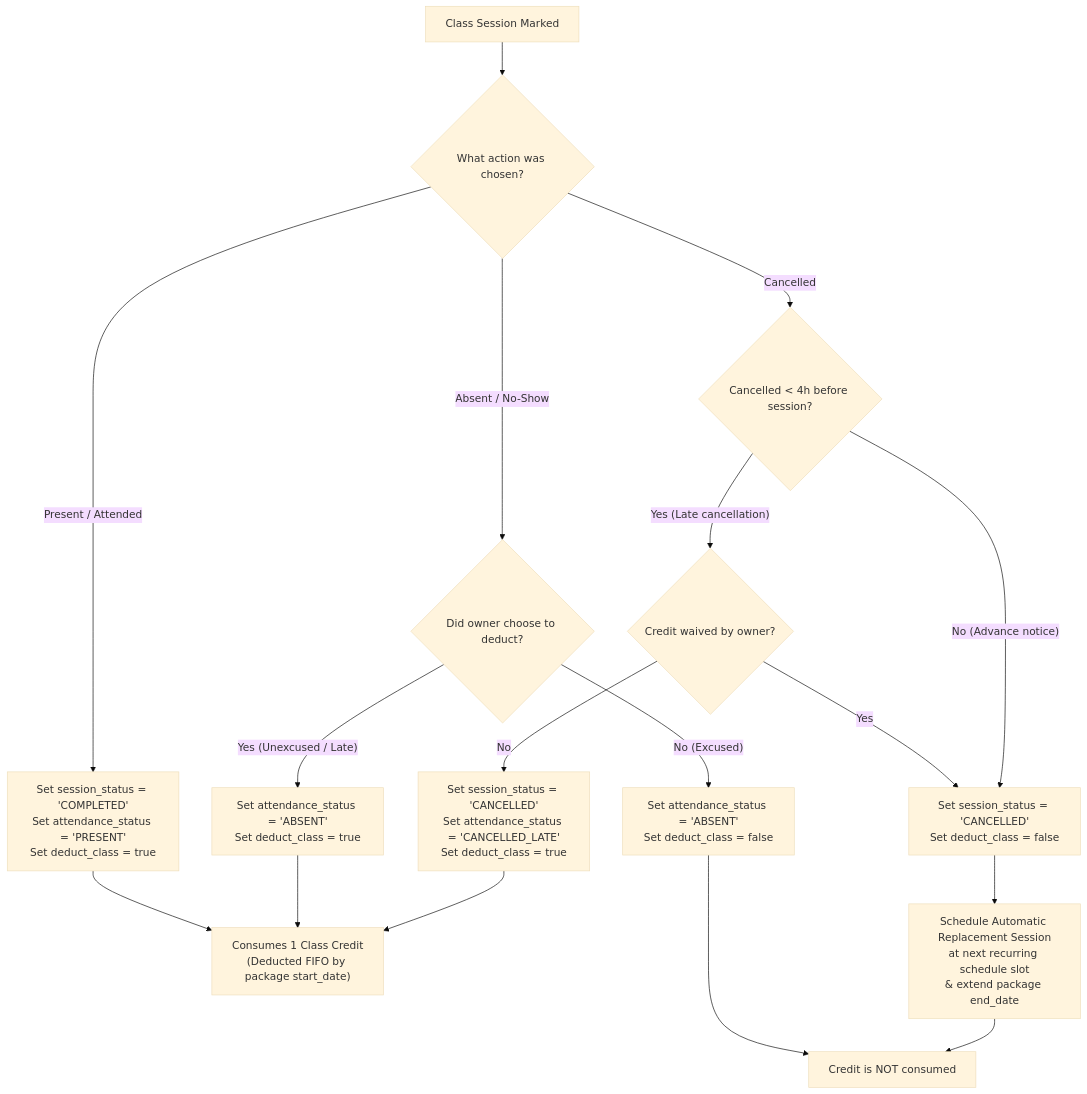
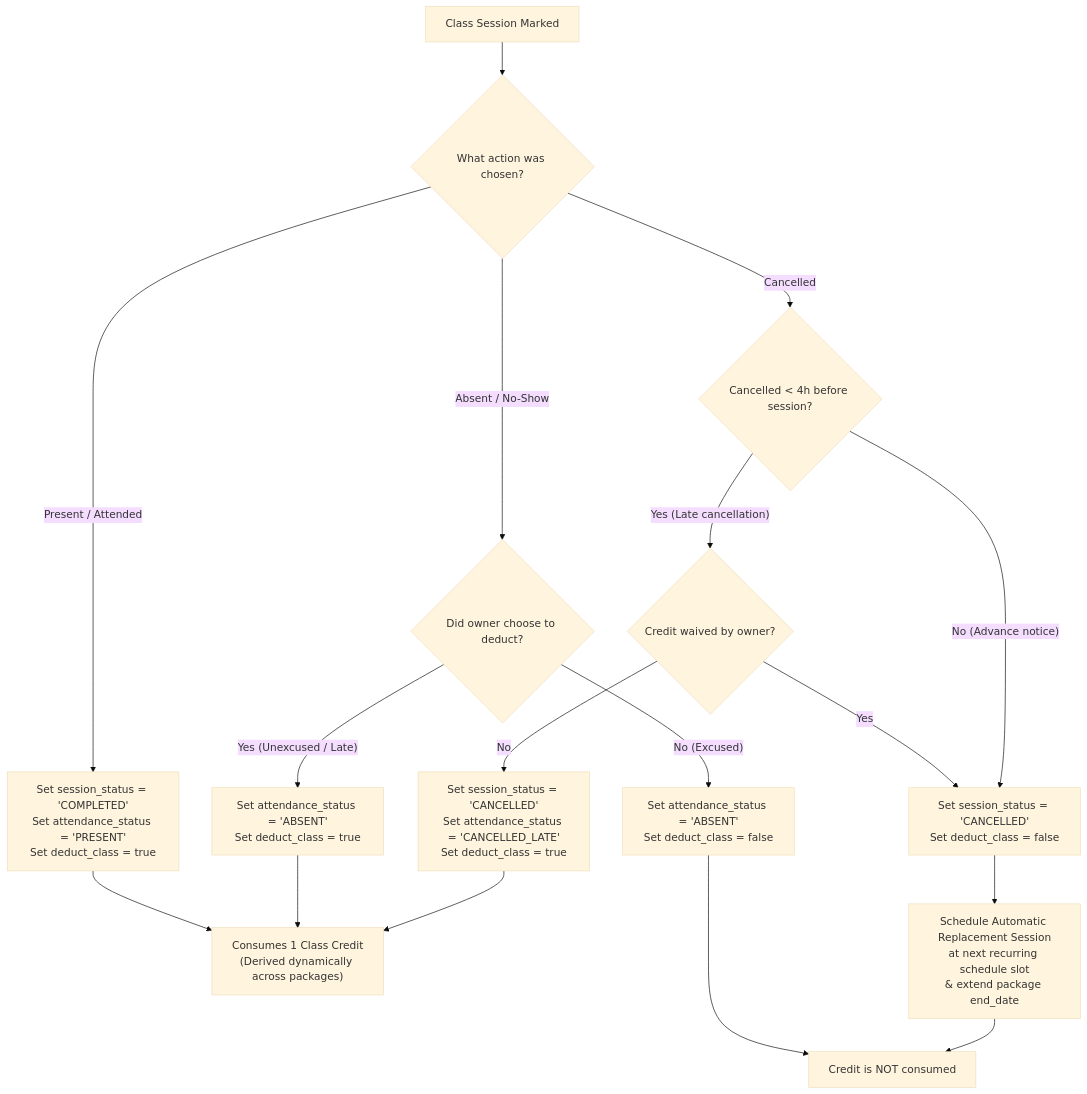
One commit to Shreya5296/Class-Diary changed the fourth of 4 diagrams in 00-documentation/02-system-architecture.md. Above: the diagram before and after it, drawn with Mermaid (base theme). The commit also changed other lines of this file and 57 other files, not shown here.

Commit message:
docs: reconcile project documentation with current architecture

````diff
--- a/00-documentation/02-system-architecture.md
+++ b/00-documentation/02-system-architecture.md
@@ -165,23 +176,23 @@
 ```mermaid
 flowchart TD
     Start["Class Session Marked"] --> StatusCheck{"What action was chosen?"}
     
     StatusCheck -- "Present / Attended" --> SetPresent["Set session_status = 'COMPLETED'<br/>Set attendance_status = 'PRESENT'<br/>Set deduct_class = true"]
-    SetPresent --> BurnCredit["Consumes 1 Class Credit<br/>(Deducted FIFO by package start_date)"]
+    SetPresent --> BurnCredit["Consumes 1 Class Credit<br/>(Derived dynamically across packages)"]
     
     StatusCheck -- "Absent / No-Show" --> PromptOwner{"Did owner choose to deduct?"}
     PromptOwner -- "Yes (Unexcused / Late)" --> SetAbsentDeduct["Set attendance_status = 'ABSENT'<br/>Set deduct_class = true"]
     SetAbsentDeduct --> BurnCredit
     PromptOwner -- "No (Excused)" --> SetAbsentNoDeduct["Set attendance_status = 'ABSENT'<br/>Set deduct_class = false"]
     SetAbsentNoDeduct --> NoDeduct["Credit is NOT consumed"]
     
     StatusCheck -- "Cancelled" --> CheckTime{"Cancelled < 4h before session?"}
     CheckTime -- "Yes (Late cancellation)" --> CheckWaive{"Credit waived by owner?"}
     CheckWaive -- "No" --> SetCancelLate["Set session_status = 'CANCELLED'<br/>Set attendance_status = 'CANCELLED_LATE'<br/>Set deduct_class = true"]
     SetCancelLate --> BurnCredit
     CheckWaive -- "Yes" --> SetCancelWaived["Set session_status = 'CANCELLED'<br/>Set deduct_class = false"]
     CheckTime -- "No (Advance notice)" --> SetCancelWaived
     
     SetCancelWaived --> AutoReschedule["Schedule Automatic Replacement Session<br/>at next recurring schedule slot<br/>& extend package end_date"]
     AutoReschedule --> NoDeduct
 ```
````
